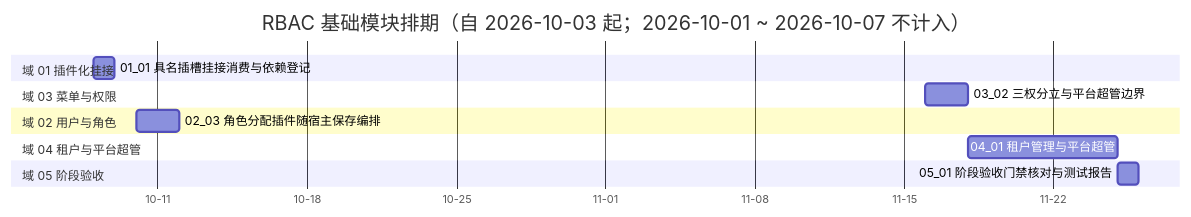
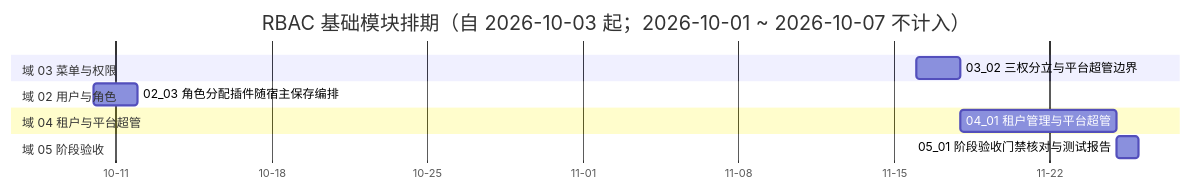
Before and after one commit to minjian123/basic-management-system: the diagram in bms文档/项目/07_RBAC基础模块/计划/01_计划_RBAC基础模块.md, drawn with Mermaid. The commit also changed other lines of this file and 6 other files, not shown here.

````diff
--- a/bms文档/项目/07_RBAC基础模块/计划/01_计划_RBAC基础模块.md
+++ b/bms文档/项目/07_RBAC基础模块/计划/01_计划_RBAC基础模块.md
@@ -52,16 +56,15 @@
 ```mermaid
 gantt
     title RBAC 基础模块排期（自 2026-10-03 起；2026-10-01 ~ 2026-10-07 不计入）
     dateFormat  YYYY-MM-DD
     axisFormat %m-%d
     section 域 01 插件化挂接
-    01_01 具名插槽挂接消费与依赖登记 :a0101, 2026-10-08, 1d
     section 域 03 菜单与权限
     03_02 三权分立与平台超管边界 :a0302, 2026-11-16, 2d
     section 域 02 用户与角色
     02_03 角色分配插件随宿主保存编排 :a0203b, 2026-10-10, 2d
     section 域 04 租户与平台超管
     04_01 租户管理与平台超管 :a0401, 2026-11-18, 7d
     section 域 05 阶段验收
     05_01 阶段验收门禁核对与测试报告 :a0501, 2026-11-25, 1d
 ```
````
